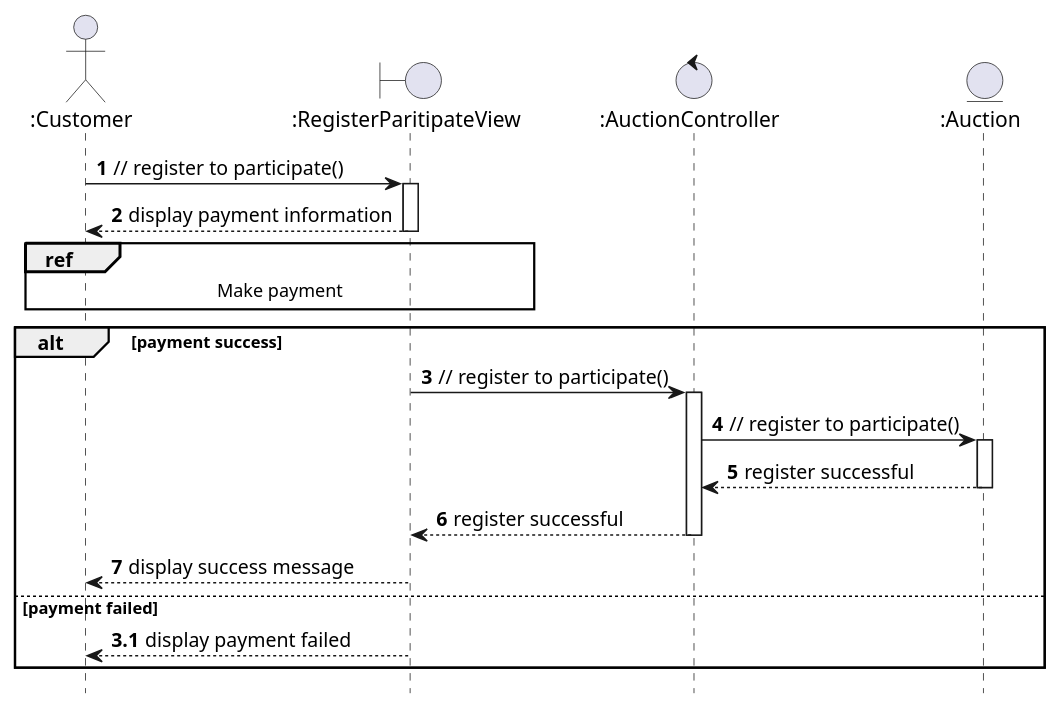
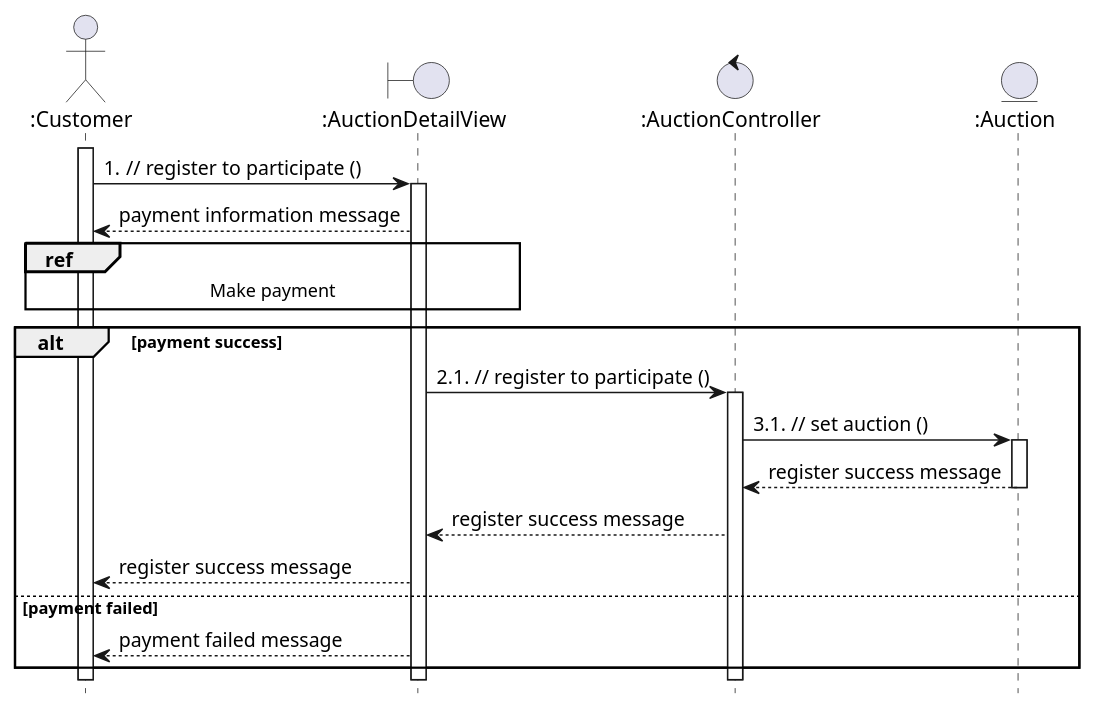
The diagram in uml/analysis/sequence/register-to-participate.pu (anhbanlinhle/velocity-exchange), drawn with PlantUML before and after one commit. The commit also changed 13 other files, not shown here.

Commit message:
doc: update sequence and class analysis diagram new format

```diff
--- a/uml/analysis/sequence/register-to-participate.pu
+++ b/uml/analysis/sequence/register-to-participate.pu
@@ -1,26 +1,26 @@
 @startuml register_to_participate
 hide footbox
 
 actor ":Customer" as customer
-boundary ":RegisterParitipateView" as view
+boundary ":AuctionDetailView" as view
 control ":AuctionController" as controller
 entity ":Auction" as auction
 
-autonumber
-autoactivate on
+autonumber 1 1 "0."
 
-customer -> view: // register to participate()
-view --> customer: display payment information
+customer ++
+customer -> view ++: // register to participate ()
+autonumber stop
+view --> customer: payment information message
 ref over customer, view: Make payment
 alt payment success
-    view -> controller: // register to participate()
-    controller -> auction: // register to participate()
-    auction --> controller: register successful
-    controller --> view: register successful
-    view --> customer : display success message
+    view -> controller ++ : 2.1. // register to participate ()
+    controller -> auction ++ : 3.1. // set auction ()
+    auction --> controller --: register success message
+    controller --> view: register success message
+    view --> customer : register success message
 else payment failed
-    autonumber 3.1
-    view --> customer : display payment failed
+    view --> customer : payment failed message
 end
 
 @enduml
```
